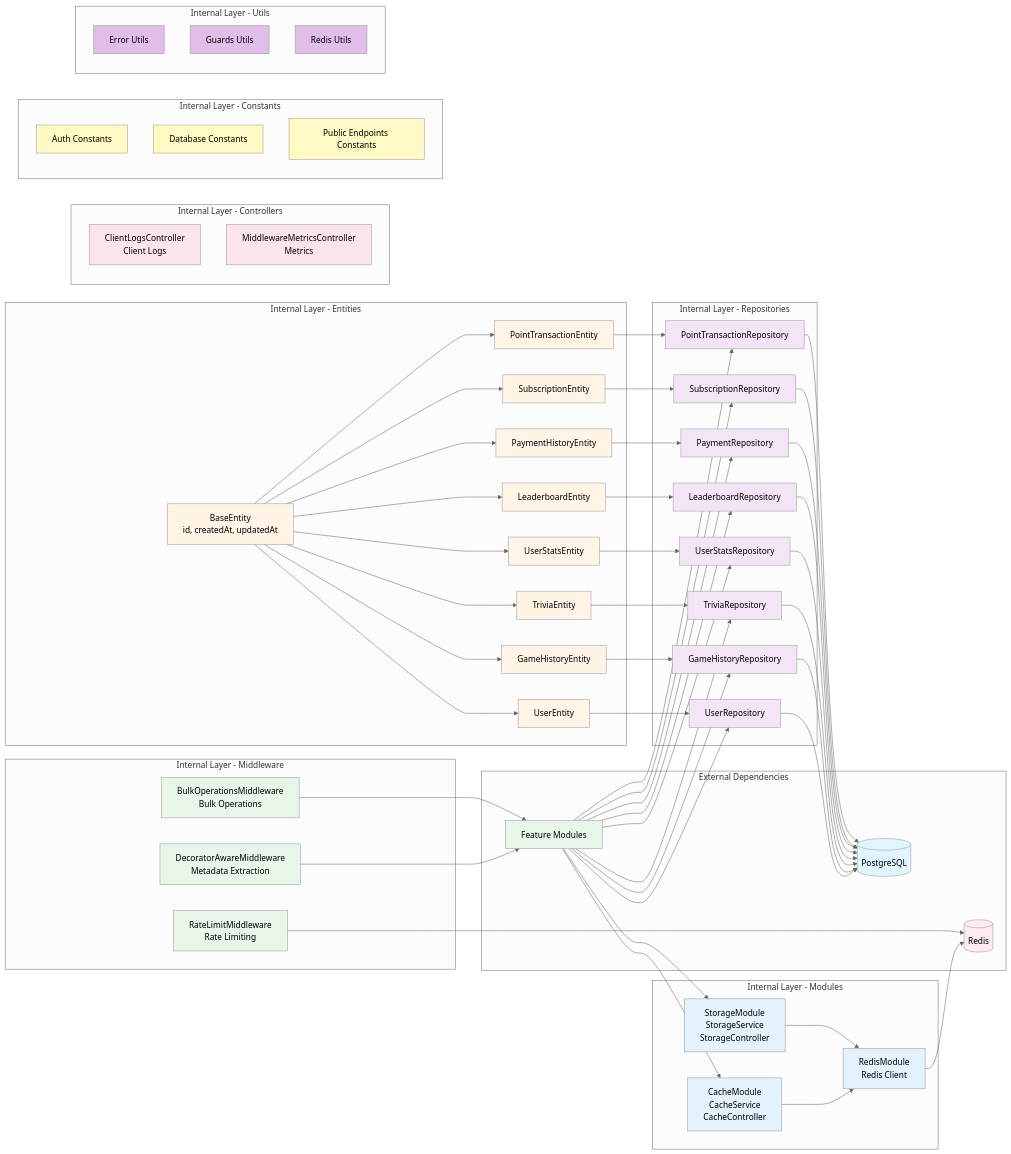
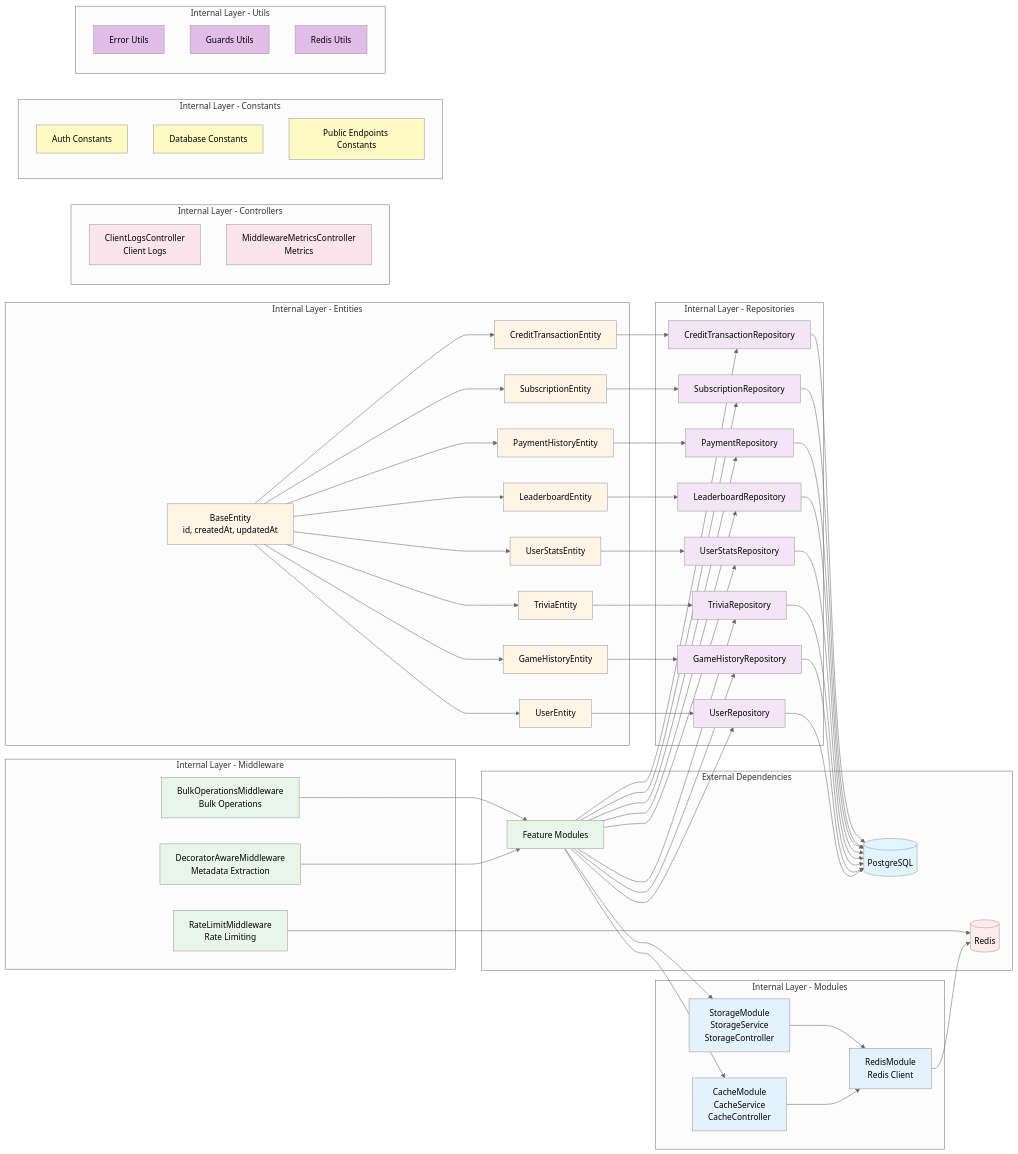
One commit to IsraelRub/EveryTriv changed the sixth of 28 diagrams in docs/DIAGRAMS.md. Above: the diagram before and after it, drawn with Mermaid (neutral theme). The commit also changed other lines of this file and 600 other files, not shown here.

```diff
--- a/docs/DIAGRAMS.md
+++ b/docs/DIAGRAMS.md
@@ -372,7 +406,7 @@
         E5[LeaderboardEntity]
         E6[PaymentHistoryEntity]
         E7[SubscriptionEntity]
-        E8[PointTransactionEntity]
+        E8[CreditTransactionEntity]
         BE[BaseEntity<br/>id, createdAt, updatedAt]
     end
 
@@ -384,7 +418,7 @@
         R5[LeaderboardRepository]
         R6[PaymentRepository]
         R7[SubscriptionRepository]
-        R8[PointTransactionRepository]
+        R8[CreditTransactionRepository]
     end
 
     subgraph "Internal Layer - Modules"
```
